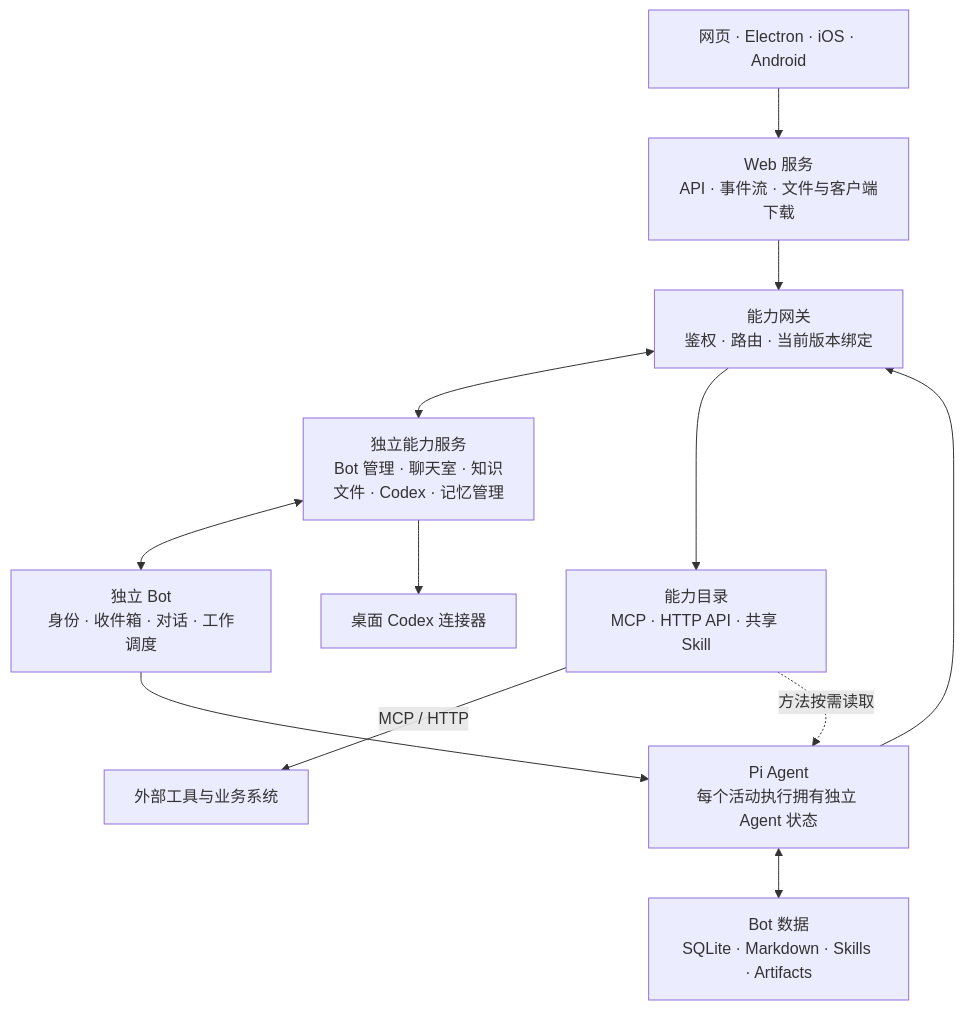
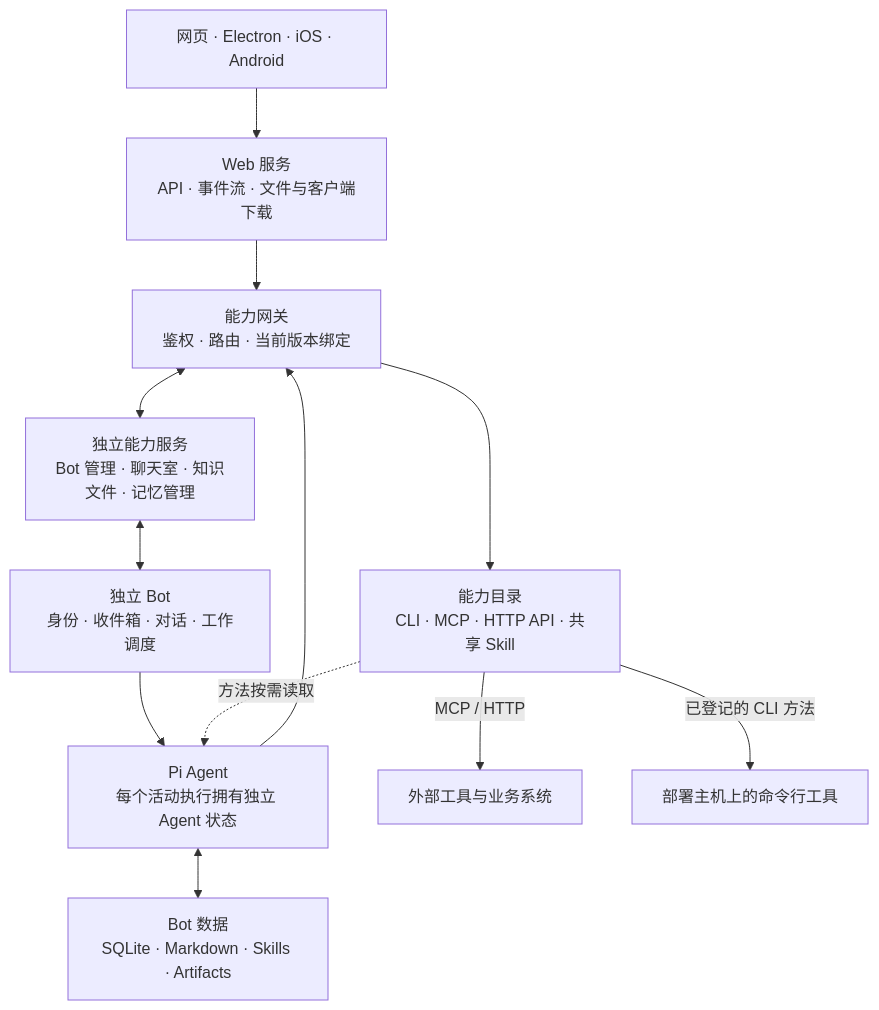
Before and after one commit to buyun00/Summon-Bot: the diagram in README.zh-CN.md, drawn with Mermaid. The commit also changed other lines of this file and 164 other files, not shown here.

````diff
--- a/README.zh-CN.md
+++ b/README.zh-CN.md
@@ -104,14 +104,14 @@
 ```mermaid
 flowchart TB
   Clients["网页 · Electron · iOS · Android"] --> Web["Web 服务<br/>API · 事件流 · 文件与客户端下载"]
   Web --> Gateway["能力网关<br/>鉴权 · 路由 · 当前版本绑定"]
-  Gateway <--> Services["独立能力服务<br/>Bot 管理 · 聊天室 · 知识<br/>文件 · Codex · 记忆管理"]
+  Gateway <--> Services["独立能力服务<br/>Bot 管理 · 聊天室 · 知识<br/>文件 · 记忆管理"]
   Services <--> Bot["独立 Bot<br/>身份 · 收件箱 · 对话 · 工作调度"]
   Bot --> Agent["Pi Agent<br/>每个活动执行拥有独立 Agent 状态"]
   Agent --> Gateway
   Agent <--> Data["Bot 数据<br/>SQLite · Markdown · Skills · Artifacts"]
-  Gateway --> Catalog["能力目录<br/>MCP · HTTP API · 共享 Skill"]
+  Gateway --> Catalog["能力目录<br/>CLI · MCP · HTTP API · 共享 Skill"]
   Catalog -->|MCP / HTTP| External["外部工具与业务系统"]
+  Catalog -->|已登记的 CLI 方法| CLI["部署主机上的命令行工具"]
   Catalog -. 方法按需读取 .-> Agent
-  Services --> Codex["桌面 Codex 连接器"]
 ```
````
